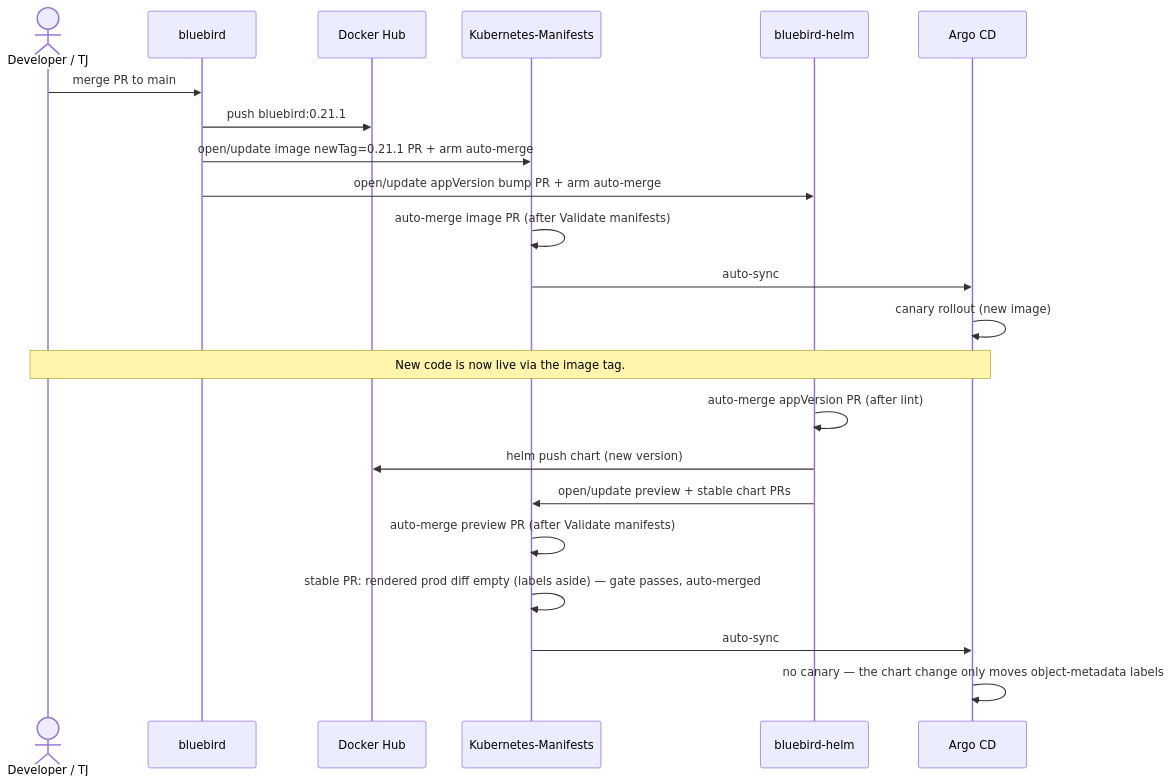
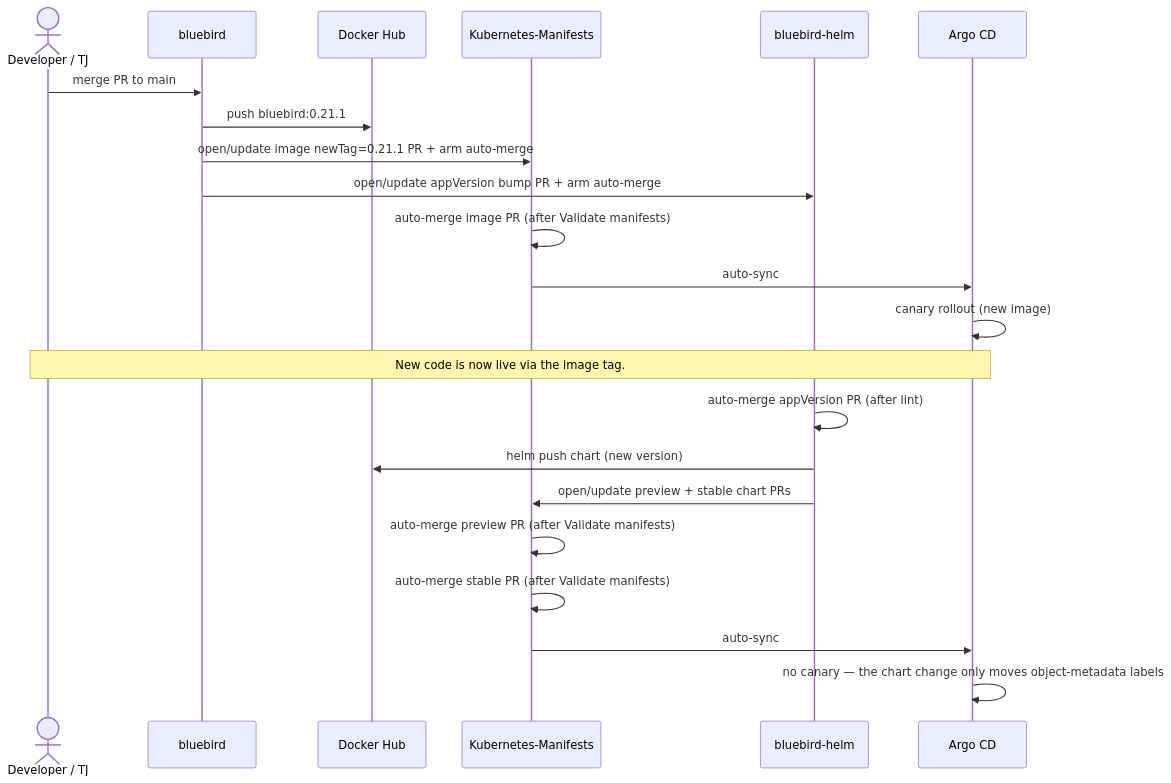
The sixth of 6 diagrams in docs/CICD.md (zimmertr/bluebird), drawn with Mermaid before and after one commit. The commit also changed other lines of this file, not shown here.

Commit message:
docs: replace the stable-chart render gate with the chart's values schema

````diff
--- a/docs/CICD.md
+++ b/docs/CICD.md
@@ -624,25 +624,25 @@
 ```mermaid
 sequenceDiagram
     actor Dev as Developer / TJ
     participant BB as bluebird
     participant DH as Docker Hub
     participant KM as Kubernetes-Manifests
     participant HELM as bluebird-helm
     participant ARGO as Argo CD
 
     Dev->>BB: merge PR to main
     BB->>DH: push bluebird:0.21.1
     BB->>KM: open/update image newTag=0.21.1 PR + arm auto-merge
     BB->>HELM: open/update appVersion bump PR + arm auto-merge
     KM->>KM: auto-merge image PR (after Validate manifests)
     KM->>ARGO: auto-sync
     ARGO->>ARGO: canary rollout (new image)
     Note over Dev,ARGO: New code is now live via the image tag.
     HELM->>HELM: auto-merge appVersion PR (after lint)
     HELM->>DH: helm push chart (new version)
     HELM->>KM: open/update preview + stable chart PRs
     KM->>KM: auto-merge preview PR (after Validate manifests)
-    KM->>KM: stable PR: rendered prod diff empty (labels aside) — gate passes, auto-merged
+    KM->>KM: auto-merge stable PR (after Validate manifests)
     KM->>ARGO: auto-sync
     ARGO->>ARGO: no canary — the chart change only moves object-metadata labels
 ```
````
